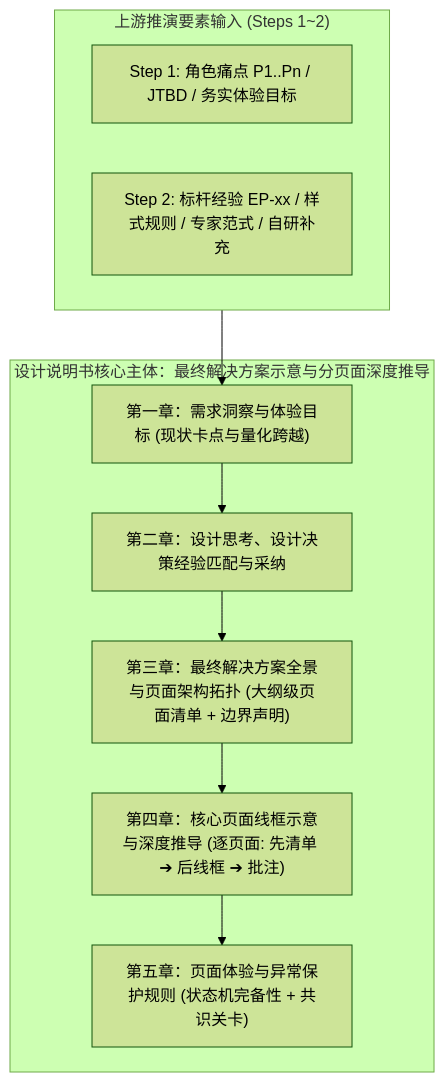
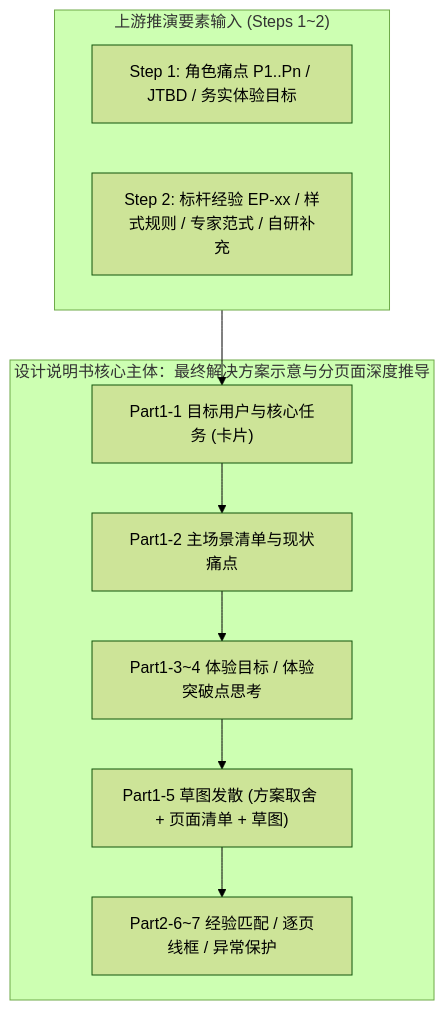
Before and after one commit to wangjue2026/skill-designer-prism: the diagram in 01-system-solution-design/⑤设计说明书/5.0-设计说明书标准模板.md, drawn with Mermaid (forest theme). The commit also changed other lines of this file and 37 other files, not shown here.

First line of the commit message:
docs(design-flow): 收敛 1.1/1.2 指南，新增 1.3/1.4 并同步说明书模板与样例

````diff
--- a/01-system-solution-design/⑤设计说明书/5.0-设计说明书标准模板.md
+++ b/01-system-solution-design/⑤设计说明书/5.0-设计说明书标准模板.md
@@ -29,17 +37,17 @@
 ```mermaid
 graph TD
   subgraph Input ["上游推演要素输入 (Steps 1~2)"]
     S1["Step 1: 角色痛点 P1..Pn / JTBD / 务实体验目标"]
     S2["Step 2: 标杆经验 EP-xx / 样式规则 / 专家范式 / 自研补充"]
   end
 
   subgraph Integration ["设计说明书核心主体：最终解决方案示意与分页面深度推导"]
-    C1["第一章：需求洞察与体验目标 (现状卡点与量化跨越)"]
-    C2["第二章：设计思考、设计决策经验匹配与采纳"]
-    C3["第三章：最终解决方案全景与页面架构拓扑 (大纲级页面清单 + 边界声明)"]
-    C4["第四章：核心页面线框示意与深度推导 (逐页面: 先清单 ➔ 后线框 ➔ 批注)"]
-    C5["第五章：页面体验与异常保护规则 (状态机完备性 + 共识关卡)"]
+    C1["Part1-1 目标用户与核心任务 (卡片)"]
+    C2["Part1-2 主场景清单与现状痛点"]
+    C3["Part1-3~4 体验目标 / 体验突破点思考"]
+    C4["Part1-5 草图发散 (方案取舍 + 页面清单 + 草图)"]
+    C5["Part2-6~7 经验匹配 / 逐页线框 / 异常保护"]
   end
 
   Input --> C1 --> C2 --> C3 --> C4 --> C5
 ```
````
